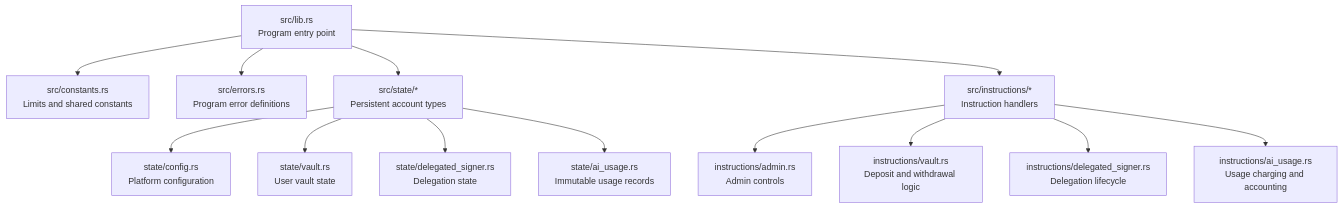
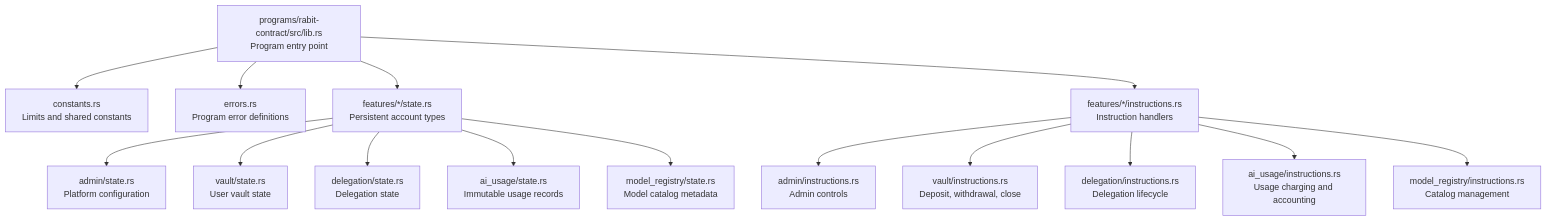
Before and after one commit to FajarArrizki/docs: the first of 5 diagrams in contract/architecture.mdx, drawn with Mermaid. The commit also changed other lines of this file and 22 other files, not shown here.

````diff
--- a/contract/architecture.mdx
+++ b/contract/architecture.mdx
@@ -14,31 +14,35 @@
 ```mermaid
 flowchart TD
-    A[src/lib.rs<br/>Program entry point]
-    B[src/constants.rs<br/>Limits and shared constants]
-    C[src/errors.rs<br/>Program error definitions]
-    D[src/state/*<br/>Persistent account types]
-    E[src/instructions/*<br/>Instruction handlers]
+    A[programs/rabit-contract/src/lib.rs<br/>Program entry point]
+    B[constants.rs<br/>Limits and shared constants]
+    C[errors.rs<br/>Program error definitions]
+    D[features/*/state.rs<br/>Persistent account types]
+    E[features/*/instructions.rs<br/>Instruction handlers]
 
-    D1[state/config.rs<br/>Platform configuration]
-    D2[state/vault.rs<br/>User vault state]
-    D3[state/delegated_signer.rs<br/>Delegation state]
-    D4[state/ai_usage.rs<br/>Immutable usage records]
+    D1[admin/state.rs<br/>Platform configuration]
+    D2[vault/state.rs<br/>User vault state]
+    D3[delegation/state.rs<br/>Delegation state]
+    D4[ai_usage/state.rs<br/>Immutable usage records]
+    D5[model_registry/state.rs<br/>Model catalog metadata]
 
-    E1[instructions/admin.rs<br/>Admin controls]
-    E2[instructions/vault.rs<br/>Deposit and withdrawal logic]
-    E3[instructions/delegated_signer.rs<br/>Delegation lifecycle]
-    E4[instructions/ai_usage.rs<br/>Usage charging and accounting]
+    E1[admin/instructions.rs<br/>Admin controls]
+    E2[vault/instructions.rs<br/>Deposit, withdrawal, close]
+    E3[delegation/instructions.rs<br/>Delegation lifecycle]
+    E4[ai_usage/instructions.rs<br/>Usage charging and accounting]
+    E5[model_registry/instructions.rs<br/>Catalog management]
 
     A --> B
     A --> C
     A --> D
     A --> E
     D --> D1
     D --> D2
     D --> D3
     D --> D4
+    D --> D5
     E --> E1
     E --> E2
     E --> E3
     E --> E4
+    E --> E5
 ```
````
